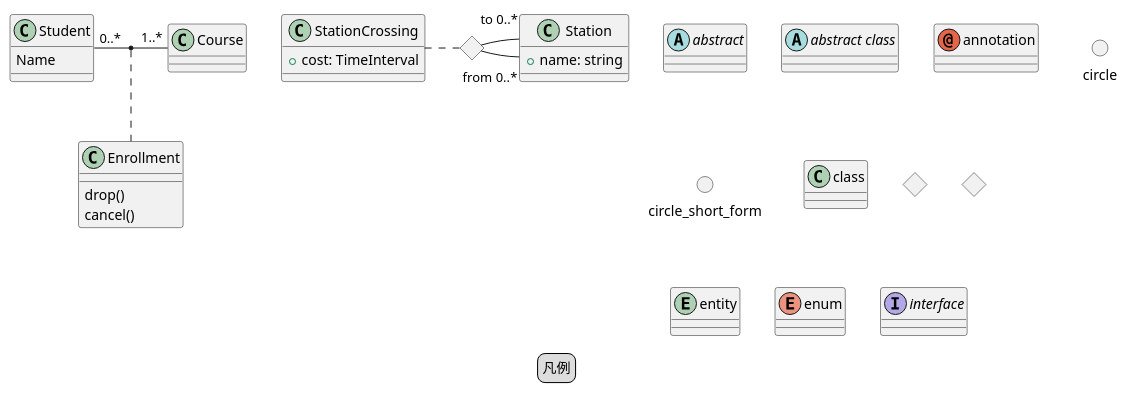
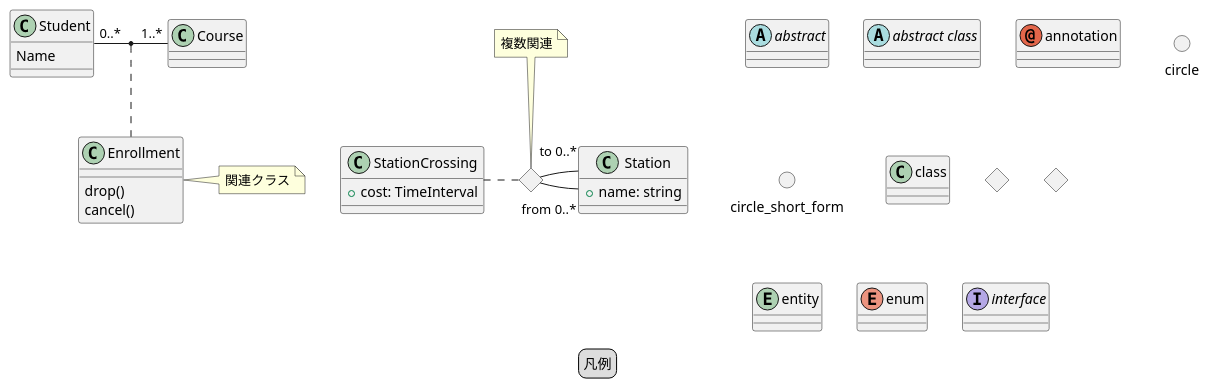
The diagram in site/content/ja/docs/Appendix/uml/class/puml/legend/classe-legends.puml (peregrin8alde/learn-ossdb-gold), drawn with PlantUML before and after one commit. The commit also changed 2 other files, not shown here.

```diff
--- a/site/content/ja/docs/Appendix/uml/class/puml/legend/classe-legends.puml
+++ b/site/content/ja/docs/Appendix/uml/class/puml/legend/classe-legends.puml
@@ -1,51 +1,51 @@
 @startuml
 /'
 コメント
 '/
 legend
 凡例
 endlegend
 
 abstract "abstract"
 abstract class "abstract class"
 annotation "annotation"
 circle "circle"
 () "circle_short_form"
 class "class"
 diamond diamond
 <> diamond_short_form
 entity "entity"
 enum "enum"
 interface "interface"
 
 
-/'
-関連クラス
-'/
 class Student {
   Name
 }
 Student "0..*" - "1..*" Course
-  (Student, Course) .. Enrollment
-  class Enrollment {
+(Student, Course) .. Enrollment
+class Enrollment {
   drop()
   cancel()
 }
+note right
+関連クラス
+end note
 
-/'
-複数関連
-'/
 class Station {
   +name: string
 }
 class StationCrossing {
   +cost: TimeInterval
 }
 <> diamond1
+note top
+複数関連
+end note
 StationCrossing . diamond1
 diamond1 - "from 0..*" Station
 diamond1 - "to 0..* " Station
 
 
 
 @enduml
```
